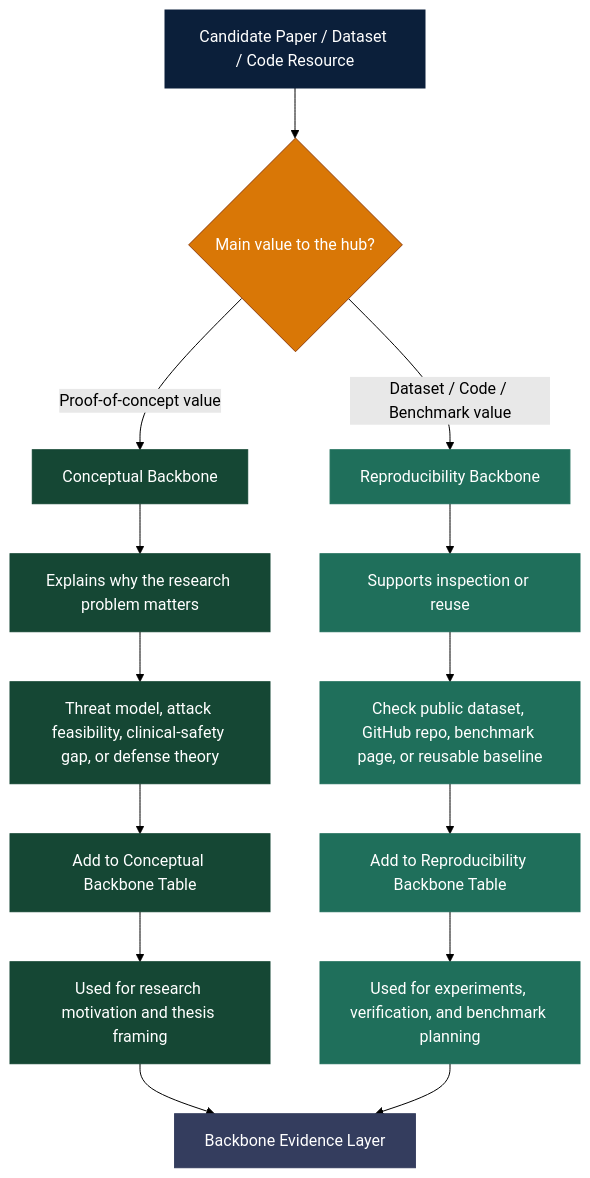
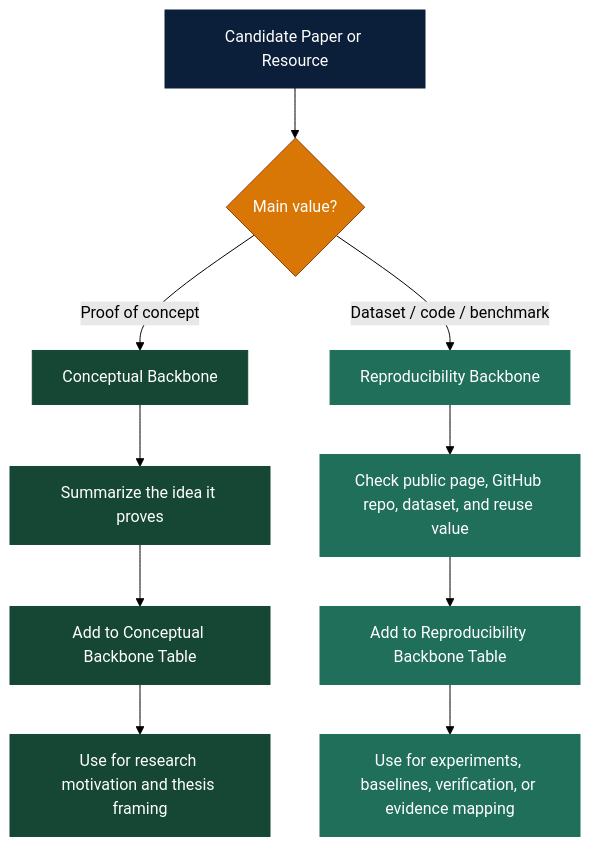
Before and after one commit to shahram-h-hesari/ai-ml-wifi-sensing-hub: the diagram in backbone/README.md, drawn with Mermaid (forest theme). The commit also changed other lines of this file, not shown here.

Commit message:
Add release years and colored review workflow to backbone README

````diff
--- a/backbone/README.md
+++ b/backbone/README.md
@@ -5,33 +273,26 @@
 ```mermaid
 flowchart TD
-    A["Candidate Paper / Dataset / Code Resource"] --> B{"Main value to the hub?"}
+    A["Candidate Paper or Resource"] --> B{"Main value?"}
+    B -- "Proof of concept" --> C["Conceptual Backbone"]
+    B -- "Dataset / code / benchmark" --> D["Reproducibility Backbone"]
 
-    B -- "Proof-of-concept value" --> C["Conceptual Backbone"]
-    B -- "Dataset / Code / Benchmark value" --> D["Reproducibility Backbone"]
+    C --> E["Summarize the idea it proves"]
+    D --> F["Check public page, GitHub repo, dataset, and reuse value"]
 
-    C --> C1["Explains why the research problem matters"]
-    C1 --> C2["Threat model, attack feasibility, clinical-safety gap, or defense theory"]
-    C2 --> C3["Add to Conceptual Backbone Table"]
+    E --> G["Add to Conceptual Backbone Table"]
+    F --> H["Add to Reproducibility Backbone Table"]
 
-    D --> D1["Supports inspection or reuse"]
-    D1 --> D2["Check public dataset, GitHub repo, benchmark page, or reusable baseline"]
-    D2 --> D3["Add to Reproducibility Backbone Table"]
-
-    C3 --> E["Used for research motivation and thesis framing"]
-    D3 --> F["Used for experiments, verification, and benchmark planning"]
-
-    E --> G["Backbone Evidence Layer"]
-    F --> G
+    G --> I["Use for research motivation and thesis framing"]
+    H --> J["Use for experiments, baselines, verification, or evidence mapping"]
 
     classDef start fill:#0B1F3A,stroke:#0B1F3A,color:#FFFFFF;
     classDef decision fill:#D97706,stroke:#92400E,color:#FFFFFF;
     classDef concept fill:#154734,stroke:#154734,color:#FFFFFF;
     classDef repro fill:#1F6F5B,stroke:#1F6F5B,color:#FFFFFF;
     classDef output fill:#343D5E,stroke:#343D5E,color:#FFFFFF;
 
     class A start;
     class B decision;
-    class C,C1,C2,C3,E concept;
-    class D,D1,D2,D3,F repro;
-    class G output;
+    class C,E,G,I concept;
+    class D,F,H,J repro;
 ```
````
